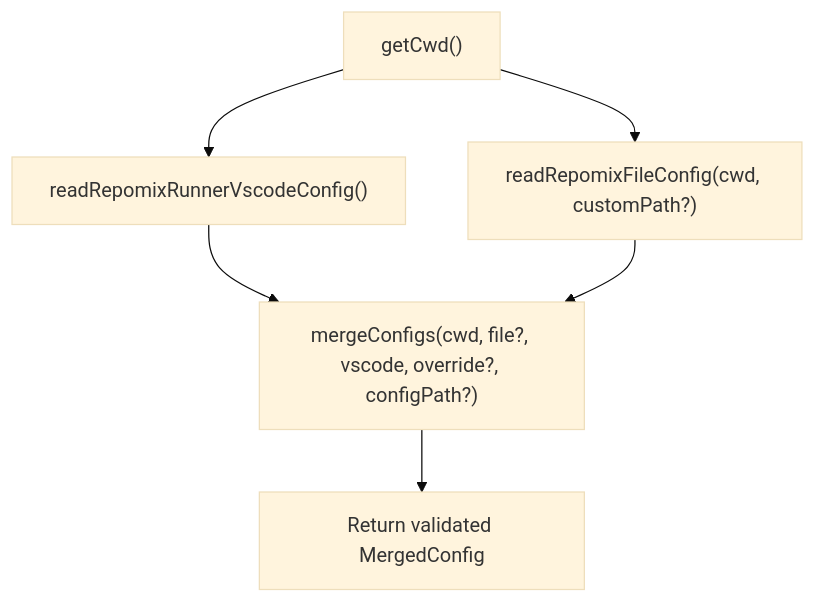
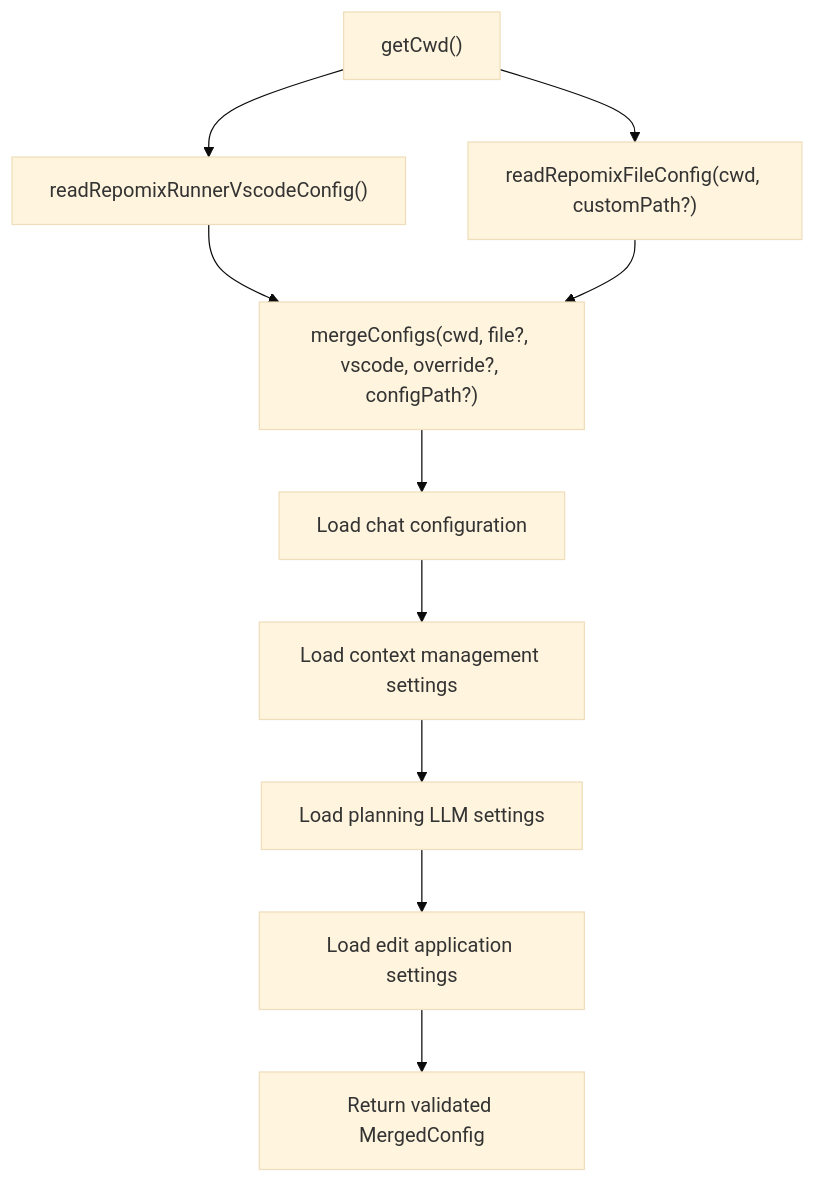
Before and after one commit to bramburn/repomix-runner: the fifth of 11 diagrams in .qoder/repowiki/en/content/Configuration Management/Configuration Management.md, drawn with Mermaid (base theme). The commit also changed other lines of this file and 27 other files, not shown here.

````diff
--- a/.qoder/repowiki/en/content/Configuration Management/Configuration Management.md
+++ b/.qoder/repowiki/en/content/Configuration Management/Configuration Management.md
@@ -298,8 +403,12 @@
 ```mermaid
 flowchart TD
 A["getCwd()"] --> B["readRepomixRunnerVscodeConfig()"]
 A --> C["readRepomixFileConfig(cwd, customPath?)"]
 B --> D["mergeConfigs(cwd, file?, vscode, override?, configPath?)"]
 C --> D
-D --> E["Return validated MergedConfig"]
+D --> E["Load chat configuration"]
+E --> F["Load context management settings"]
+F --> G["Load planning LLM settings"]
+G --> H["Load edit application settings"]
+H --> I["Return validated MergedConfig"]
 ```
````
